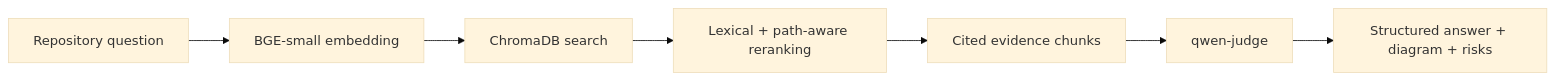
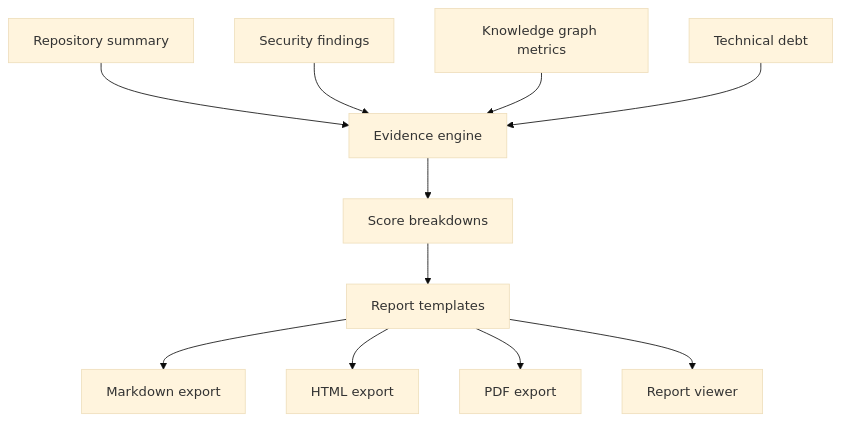
The fifth of 6 diagrams in README.md (ratishoberoi/RepoMindAI), drawn with Mermaid (base theme) before and after one commit. The commit also changed other lines of this file and 34 other files, not shown here.

````diff
--- a/README.md
+++ b/README.md
@@ -85,9 +237,13 @@
 ```mermaid
-flowchart LR
-  Question["Repository question"] --> Embed["BGE-small embedding"]
-  Embed --> Chroma["ChromaDB search"]
-  Chroma --> Rerank["Lexical + path-aware reranking"]
-  Rerank --> Evidence["Cited evidence chunks"]
-  Evidence --> Qwen["qwen-judge"]
-  Qwen --> Answer["Structured answer + diagram + risks"]
+flowchart TD
+  Summary["Repository summary"] --> Evidence["Evidence engine"]
+  Security["Security findings"] --> Evidence
+  Graph["Knowledge graph metrics"] --> Evidence
+  Debt["Technical debt"] --> Evidence
+  Scores["Score breakdowns"] --> Templates["Report templates"]
+  Evidence --> Scores
+  Templates --> Markdown["Markdown export"]
+  Templates --> HTML["HTML export"]
+  Templates --> PDF["PDF export"]
+  Templates --> UI["Report viewer"]
 ```
````
